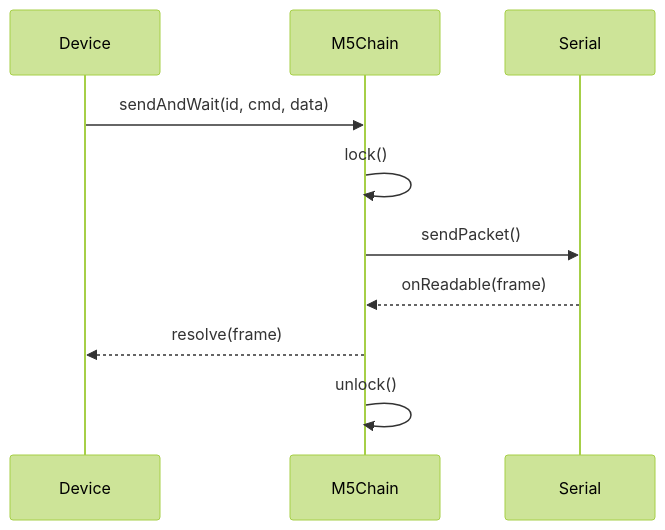
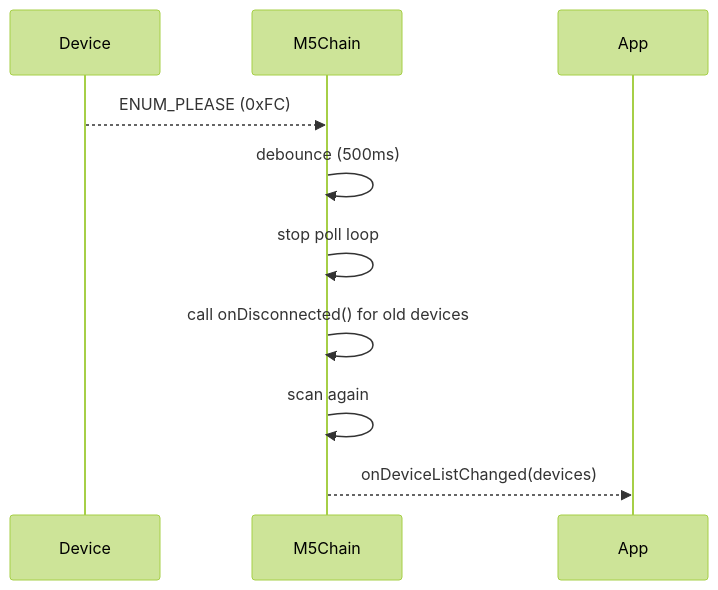
One commit to stc1988/moddable-m5chain changed the second of 3 diagrams in AGENTS.md. Above: the diagram before and after it, drawn with Mermaid (forest theme). The commit also changed other lines of this file, not shown here.

````diff
--- a/AGENTS.md
+++ b/AGENTS.md
@@ -109,12 +118,11 @@
 ```mermaid
 sequenceDiagram
   participant Device
   participant M5Chain
-  participant Serial
-  Device->>M5Chain: sendAndWait(id, cmd, data)
-  M5Chain->>M5Chain: lock()
-  M5Chain->>Serial: sendPacket()
-  Serial-->>M5Chain: onReadable(frame)
-  M5Chain-->>Device: resolve(frame)
-  M5Chain->>M5Chain: unlock()
+  Device-->>M5Chain: ENUM_PLEASE (0xFC)
+  M5Chain->>M5Chain: debounce (500ms)
+  M5Chain->>M5Chain: stop poll loop
+  M5Chain->>M5Chain: call onDisconnected() for old devices
+  M5Chain->>M5Chain: scan again
+  M5Chain-->>App: onDeviceListChanged(devices)
 ```
````
